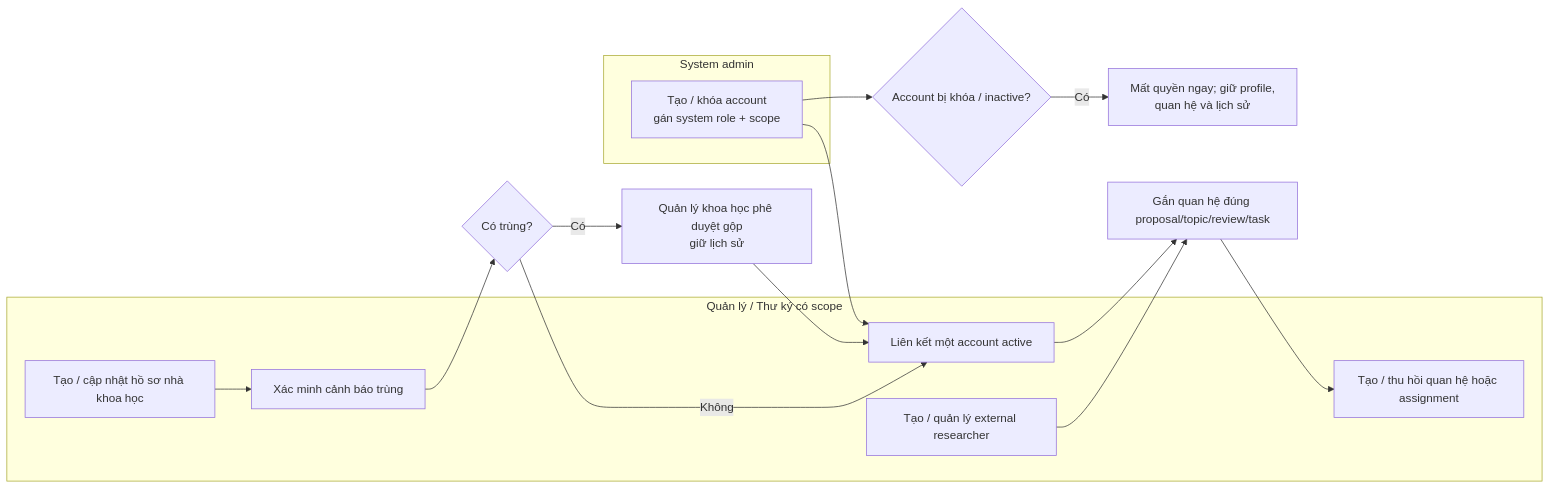
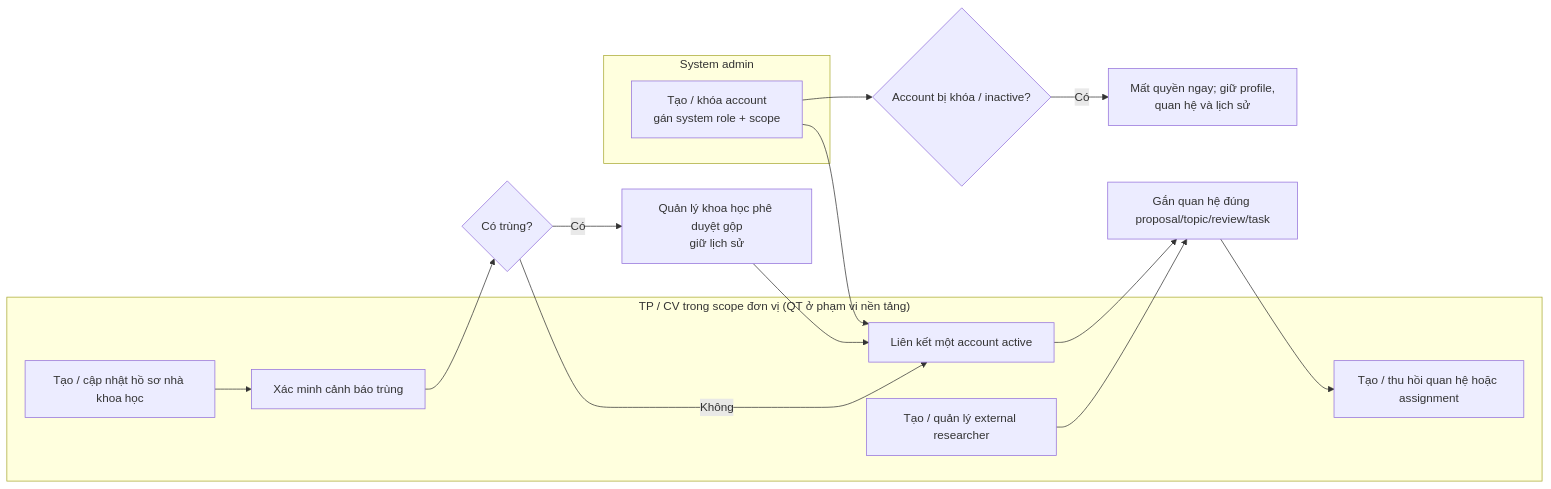
The seventh of 10 diagrams in docs/user-flows.md (thanhdotien278/DocManS), drawn with Mermaid before and after one commit. The commit also changed other lines of this file and 14 other files, not shown here.

````diff
--- a/docs/user-flows.md
+++ b/docs/user-flows.md
@@ -230,24 +251,24 @@
 ```mermaid
 flowchart LR
-  subgraph profile_staff["Quản lý / Thư ký có scope"]
+  subgraph profile_staff["TP / CV trong scope đơn vị (QT ở phạm vi nền tảng)"]
     create_profile["Tạo / cập nhật hồ sơ nhà khoa học"]
     verify["Xác minh cảnh báo trùng"]
     link["Liên kết một account active"]
     external_user["Tạo / quản lý external researcher"]
     assignment["Tạo / thu hồi quan hệ hoặc assignment"]
   end
 
   subgraph admin_lane["System admin"]
     account_admin["Tạo / khóa account<br/>gán system role + scope"]
   end
 
   create_profile --> verify --> merge_decision{"Có trùng?"}
   merge_decision -- "Không" --> link
   merge_decision -- "Có" --> merge["Quản lý khoa học phê duyệt gộp<br/>giữ lịch sử"] --> link
   account_admin --> link
   link --> relation["Gắn quan hệ đúng proposal/topic/review/task"]
   external_user --> relation
   relation --> assignment
   account_admin --> locked{"Account bị khóa / inactive?"}
   locked -- "Có" --> revoke["Mất quyền ngay; giữ profile,<br/>quan hệ và lịch sử"]
 ```
````
